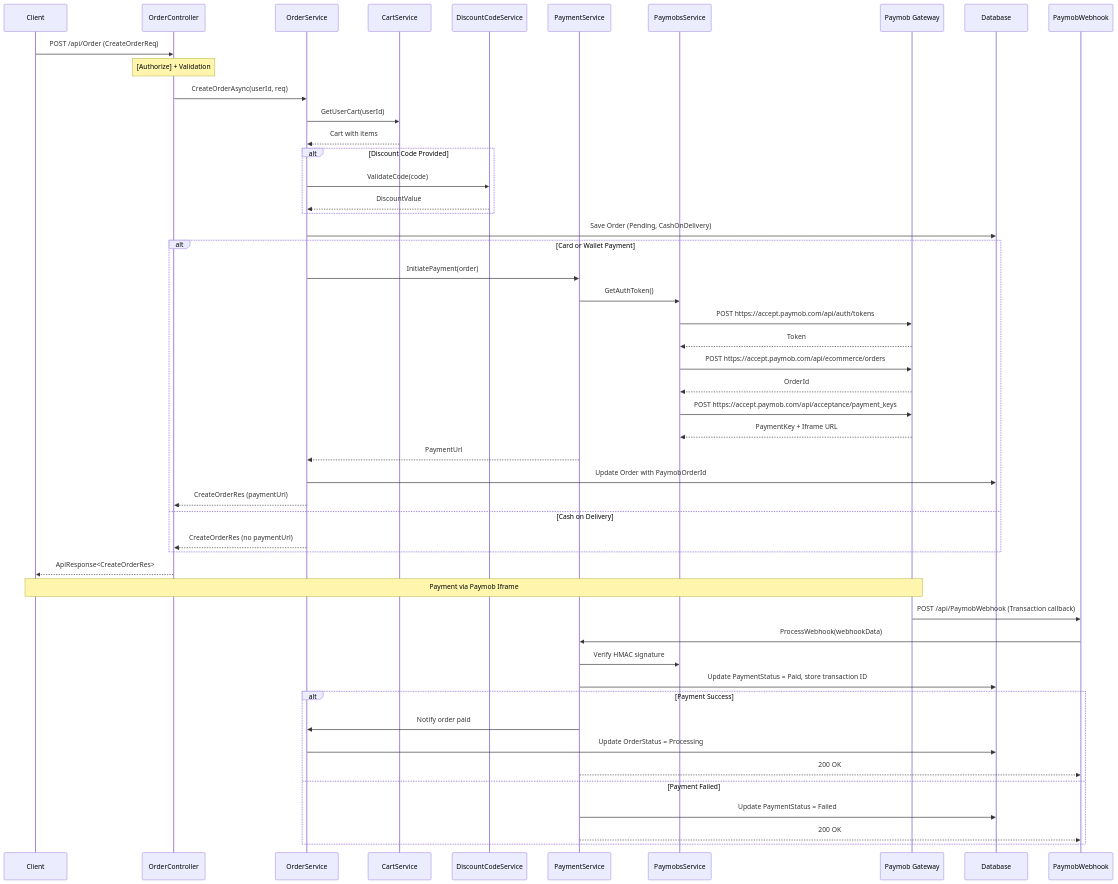
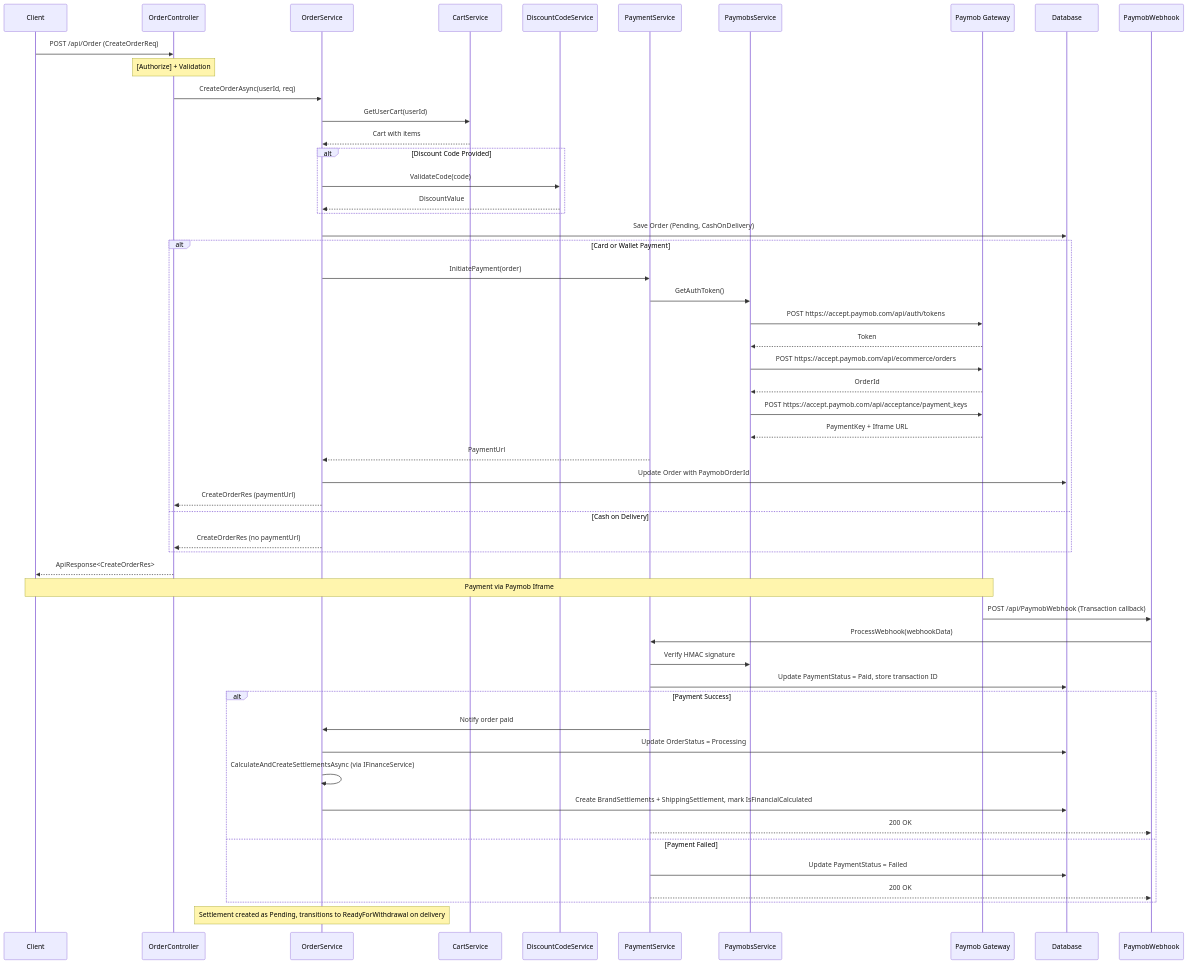
Before and after one commit to AbdAlRahman-Hesham/ReelsCommerceSystem: the fifth of 8 diagrams in Backend_Architecture_Analysis.md, drawn with Mermaid. The commit also changed other lines of this file and 68 other files, not shown here.

````diff
--- a/Backend_Architecture_Analysis.md
+++ b/Backend_Architecture_Analysis.md
@@ -1097,59 +1469,63 @@
 ```mermaid
 sequenceDiagram
     participant Client
     participant OrderCtrl as OrderController
     participant OrderSvc as OrderService
     participant CartSvc as CartService
     participant DiscSvc as DiscountCodeService
     participant PaySvc as PaymentService
     participant Paymob as PaymobsService
     participant PaymobAPI as Paymob Gateway
     participant DB as Database
 
     Client->>OrderCtrl: POST /api/Order (CreateOrderReq)
     Note over OrderCtrl: [Authorize] + Validation
     
     OrderCtrl->>OrderSvc: CreateOrderAsync(userId, req)
     OrderSvc->>CartSvc: GetUserCart(userId)
     CartSvc-->>OrderSvc: Cart with items
     
     alt Discount Code Provided
         OrderSvc->>DiscSvc: ValidateCode(code)
         DiscSvc-->>OrderSvc: DiscountValue
     end
     
     OrderSvc->>DB: Save Order (Pending, CashOnDelivery)
     alt Card or Wallet Payment
         OrderSvc->>PaySvc: InitiatePayment(order)
         PaySvc->>Paymob: GetAuthToken()
         Paymob->>PaymobAPI: POST https://accept.paymob.com/api/auth/tokens
         PaymobAPI-->>Paymob: Token
         Paymob->>PaymobAPI: POST https://accept.paymob.com/api/ecommerce/orders
         PaymobAPI-->>Paymob: OrderId
         Paymob->>PaymobAPI: POST https://accept.paymob.com/api/acceptance/payment_keys
         PaymobAPI-->>Paymob: PaymentKey + Iframe URL
         PaySvc-->>OrderSvc: PaymentUrl
         OrderSvc->>DB: Update Order with PaymobOrderId
         OrderSvc-->>OrderCtrl: CreateOrderRes (paymentUrl)
     else Cash on Delivery
         OrderSvc-->>OrderCtrl: CreateOrderRes (no paymentUrl)
     end
     
     OrderCtrl-->>Client: ApiResponse<CreateOrderRes>
 
     Note over Client, PaymobAPI: Payment via Paymob Iframe
     
     PaymobAPI->>PaymobWebhook: POST /api/PaymobWebhook (Transaction callback)
     PaymobWebhook->>PaySvc: ProcessWebhook(webhookData)
     PaySvc->>Paymob: Verify HMAC signature
     PaySvc->>DB: Update PaymentStatus = Paid, store transaction ID
     
     alt Payment Success
         PaySvc->>OrderSvc: Notify order paid
         OrderSvc->>DB: Update OrderStatus = Processing
+        OrderSvc->>OrderSvc: CalculateAndCreateSettlementsAsync (via IFinanceService)
+        OrderSvc->>DB: Create BrandSettlements + ShippingSettlement, mark IsFinancialCalculated
         PaySvc-->>PaymobWebhook: 200 OK
     else Payment Failed
         PaySvc->>DB: Update PaymentStatus = Failed
         PaySvc-->>PaymobWebhook: 200 OK
     end
+
+Note over OrderSvc: Settlement created as Pending, transitions to ReadyForWithdrawal on delivery
 ```
````
